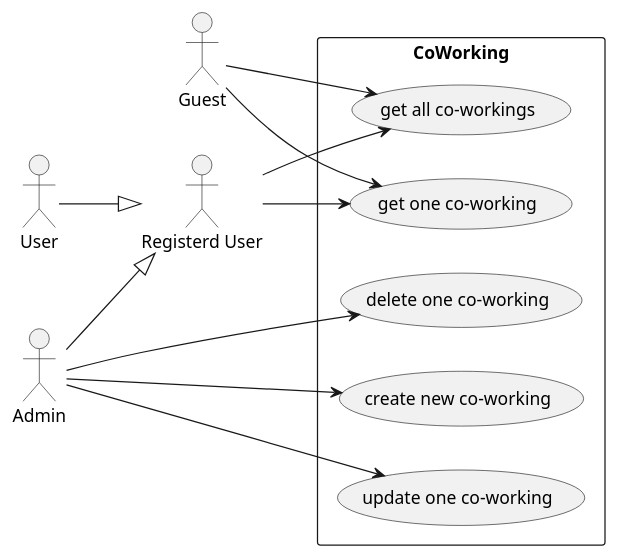
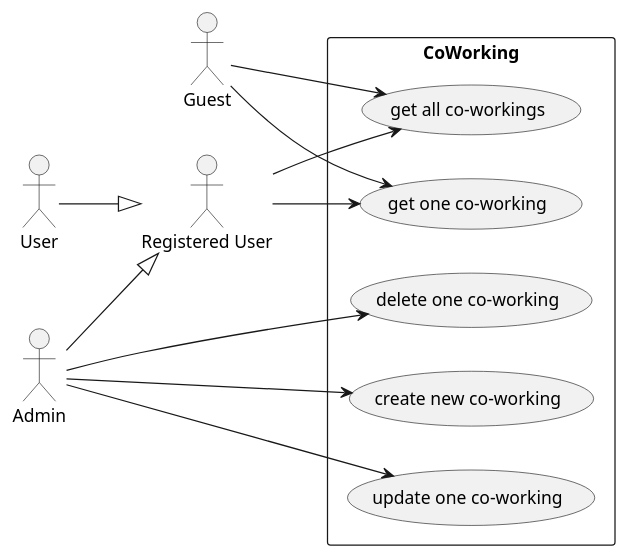
One commit to TeaChanathip/SwDev-Project changed the diagram in diagrams/usecase/coworking/coworking.puml. Above: the diagram before and after it, drawn with PlantUML. The commit also changed 9 other files, not shown here.

```diff
--- a/diagrams/usecase/coworking/coworking.puml
+++ b/diagrams/usecase/coworking/coworking.puml
@@ -1,30 +1,30 @@
 @startuml coworking
 left to right direction
 
 actor Guest
-actor "Registerd User"
+actor "Registered User"
 actor User
 actor Admin
 
-User --|> "Registerd User"
-Admin --|> "Registerd User"
+User --|> "Registered User"
+Admin --|> "Registered User"
 
 rectangle "CoWorking" {
     usecase "create new co-working" as CoWorkingUC1
     usecase "get one co-working" as CoWorkingUC2
     usecase "get all co-workings" as CoWorkingUC3
     usecase "update one co-working" as CoWorkingUC4
     usecase "delete one co-working" as CoWorkingUC5
 }
 
 Guest --> CoWorkingUC2
 Guest --> CoWorkingUC3
 
-"Registerd User" --> CoWorkingUC2
-"Registerd User" --> CoWorkingUC3
+"Registered User" --> CoWorkingUC2
+"Registered User" --> CoWorkingUC3
 
 Admin --> CoWorkingUC1
 Admin --> CoWorkingUC4
 Admin --> CoWorkingUC5
 
 @enduml
```
